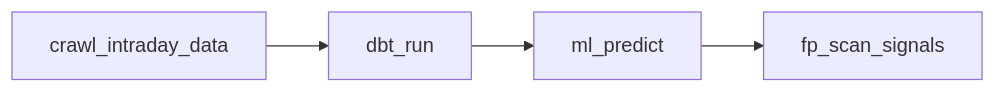
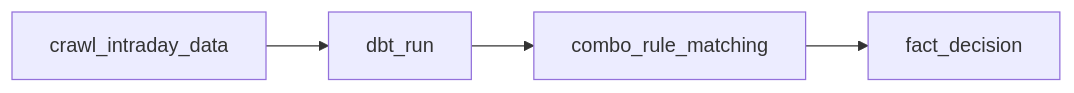
One commit to Hoai-Viet/Stock_Prediction changed the third of 5 diagrams in PROJECT_DOCUMENTATION.md. Above: the diagram before and after it, drawn with Mermaid. The commit also changed other lines of this file and 2 other files, not shown here.

Commit message:
docs: make combo rules the prediction source

````diff
--- a/PROJECT_DOCUMENTATION.md
+++ b/PROJECT_DOCUMENTATION.md
@@ -418,4 +408,4 @@
 ```mermaid
 flowchart LR
-    A[crawl_intraday_data] --> B[dbt_run] --> C[ml_predict] --> D[fp_scan_signals]
+    A[crawl_intraday_data] --> B[dbt_run] --> C[combo_rule_matching] --> D[fact_decision]
 ```
````
